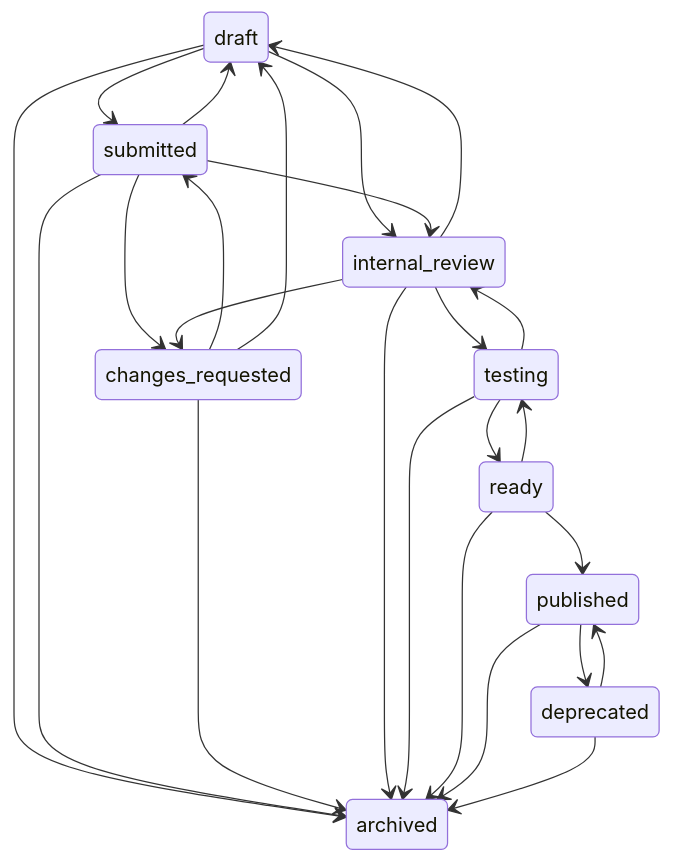
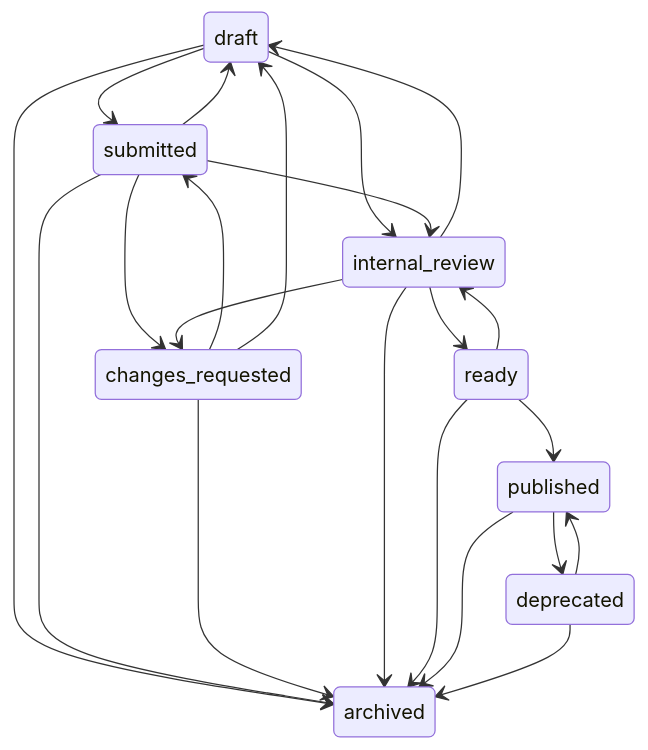
One commit to jerrywap/innovatrix changed the first of 10 diagrams in src/lib/db/STATES.md. Above: the diagram before and after it, drawn with Mermaid. The commit also changed other lines of this file and 72 other files, not shown here.

````diff
--- a/src/lib/db/STATES.md
+++ b/src/lib/db/STATES.md
@@ -29,27 +28,24 @@
 ```mermaid
 stateDiagram-v2
     draft --> submitted
     draft --> internal_review
     draft --> archived
     submitted --> internal_review
     submitted --> changes_requested
     submitted --> draft
     submitted --> archived
     changes_requested --> submitted
     changes_requested --> draft
     changes_requested --> archived
-    internal_review --> testing
+    internal_review --> ready
     internal_review --> changes_requested
     internal_review --> draft
     internal_review --> archived
-    testing --> ready
-    testing --> internal_review
-    testing --> archived
     ready --> published
-    ready --> testing
+    ready --> internal_review
     ready --> archived
     published --> deprecated
     published --> archived
     deprecated --> published
     deprecated --> archived
 ```
````
